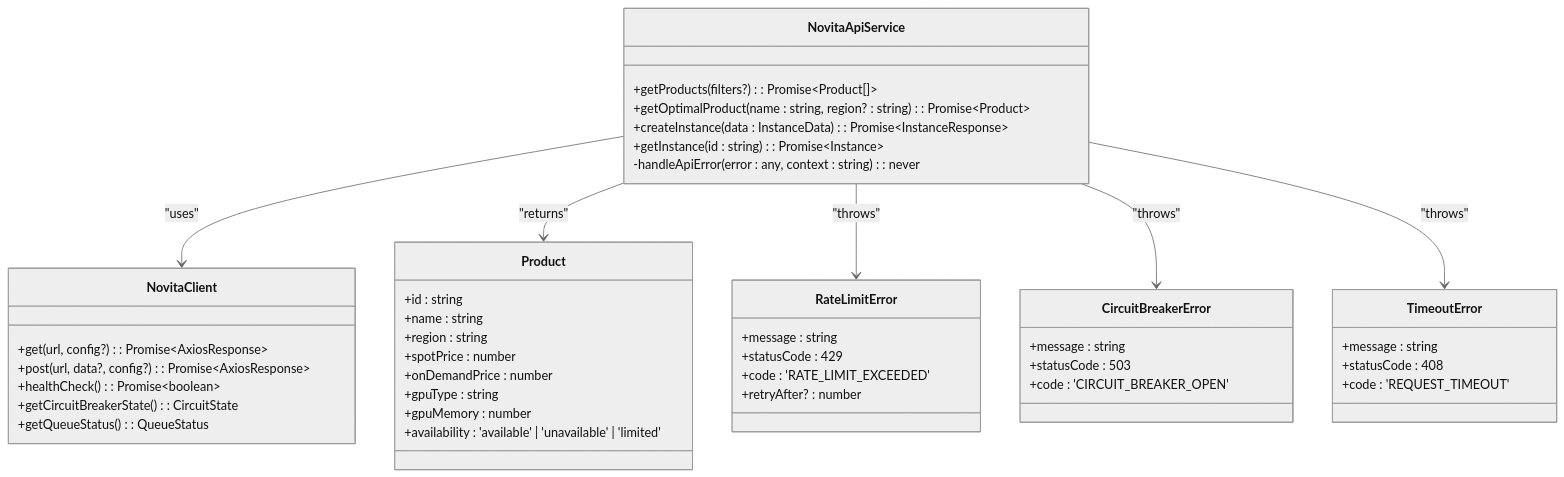
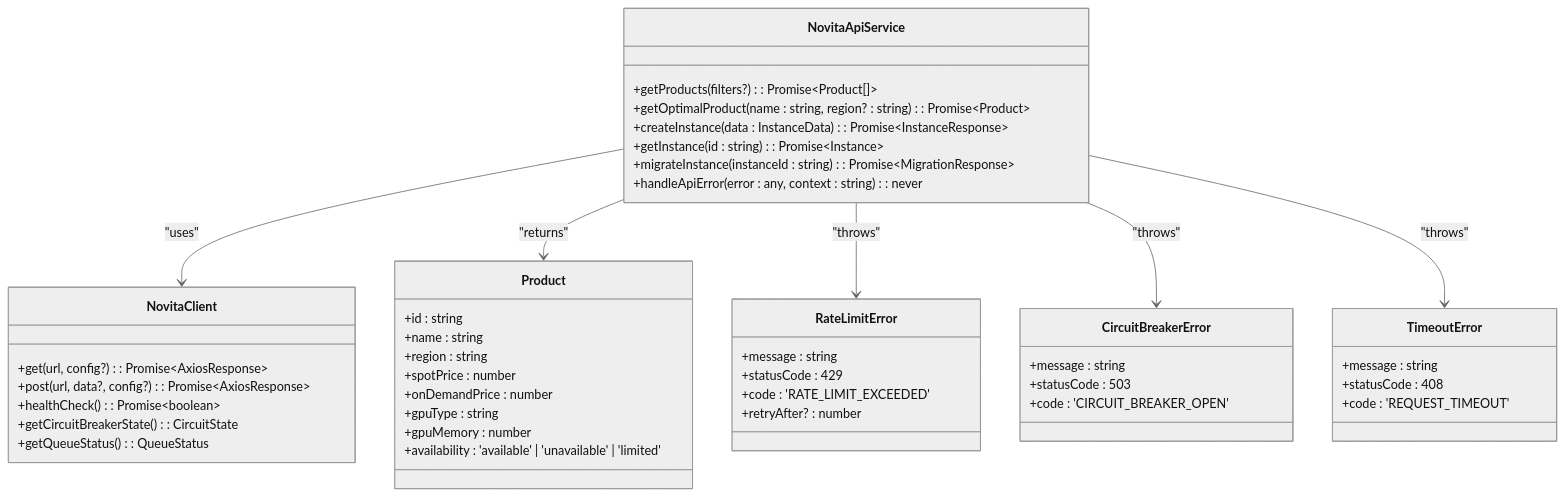
One commit to sontl/novita-ai-api changed the sixth of 10 diagrams in .qoder/repowiki/en/content/External Integrations/Novita.ai API Integration.md. Above: the diagram before and after it, drawn with Mermaid (neutral theme). The commit also changed other lines of this file and 76 other files, not shown here.

````diff
--- a/.qoder/repowiki/en/content/External Integrations/Novita.ai API Integration.md
+++ b/.qoder/repowiki/en/content/External Integrations/Novita.ai API Integration.md
@@ -176,48 +170,49 @@
 ```mermaid
 classDiagram
 class NovitaApiService {
 +getProducts(filters?) : Promise~Product[]~
 +getOptimalProduct(name : string, region? : string) : Promise~Product~
 +createInstance(data : InstanceData) : Promise~InstanceResponse~
 +getInstance(id : string) : Promise~Instance~
--handleApiError(error : any, context : string) : never
++migrateInstance(instanceId : string) : Promise~MigrationResponse~
++handleApiError(error : any, context : string) : never
 }
 class NovitaClient {
 +get(url, config?) : Promise~AxiosResponse~
 +post(url, data?, config?) : Promise~AxiosResponse~
 +healthCheck() : Promise~boolean~
 +getCircuitBreakerState() : CircuitState
 +getQueueStatus() : QueueStatus
 }
 class Product {
 +id : string
 +name : string
 +region : string
 +spotPrice : number
 +onDemandPrice : number
 +gpuType : string
 +gpuMemory : number
 +availability : 'available' | 'unavailable' | 'limited'
 }
 class RateLimitError {
 +message : string
 +statusCode : 429
 +code : 'RATE_LIMIT_EXCEEDED'
 +retryAfter? : number
 }
 class CircuitBreakerError {
 +message : string
 +statusCode : 503
 +code : 'CIRCUIT_BREAKER_OPEN'
 }
 class TimeoutError {
 +message : string
 +statusCode : 408
 +code : 'REQUEST_TIMEOUT'
 }
 NovitaApiService --> NovitaClient : "uses"
 NovitaApiService --> Product : "returns"
 NovitaApiService --> RateLimitError : "throws"
 NovitaApiService --> CircuitBreakerError : "throws"
 NovitaApiService --> TimeoutError : "throws"
 ```
````
